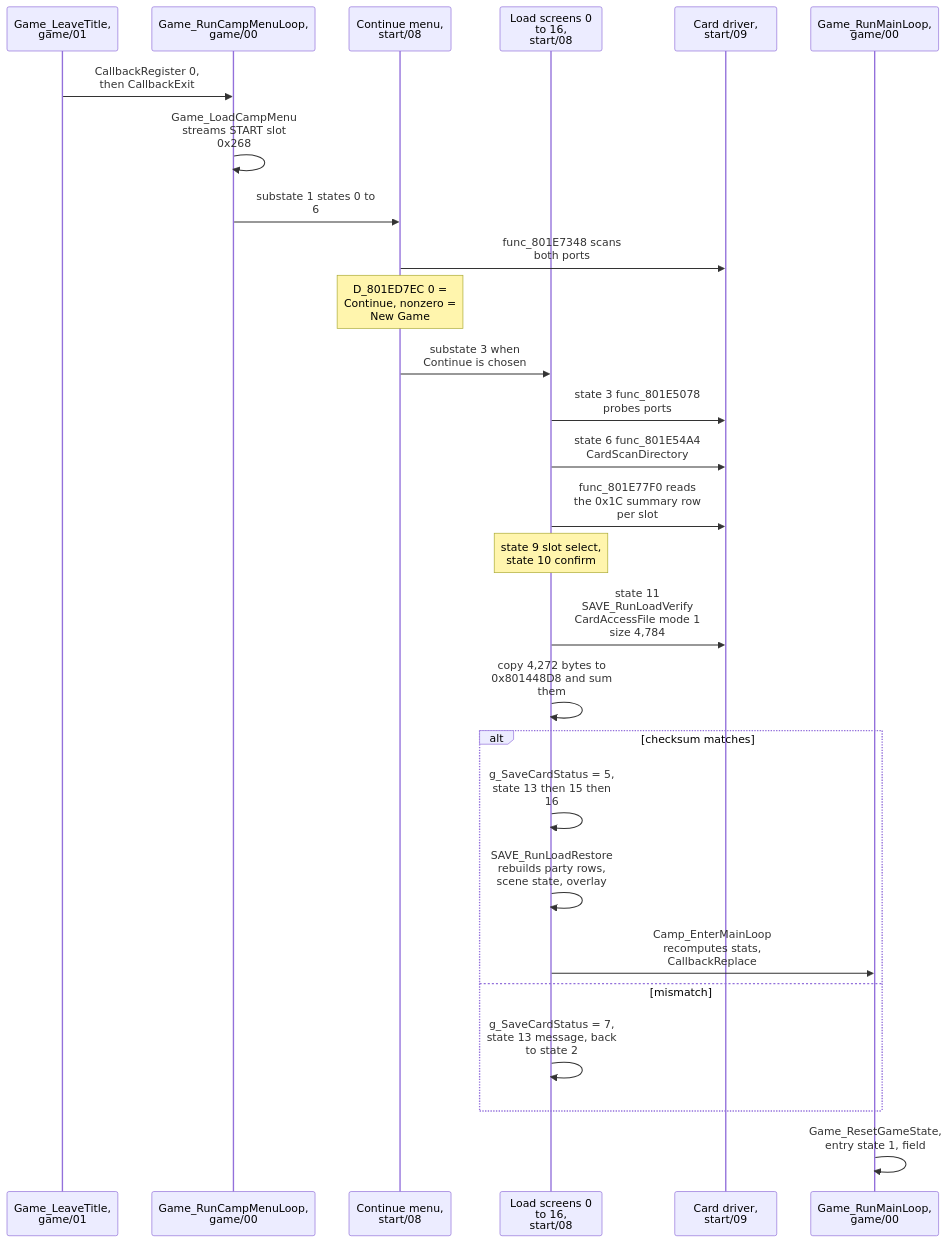
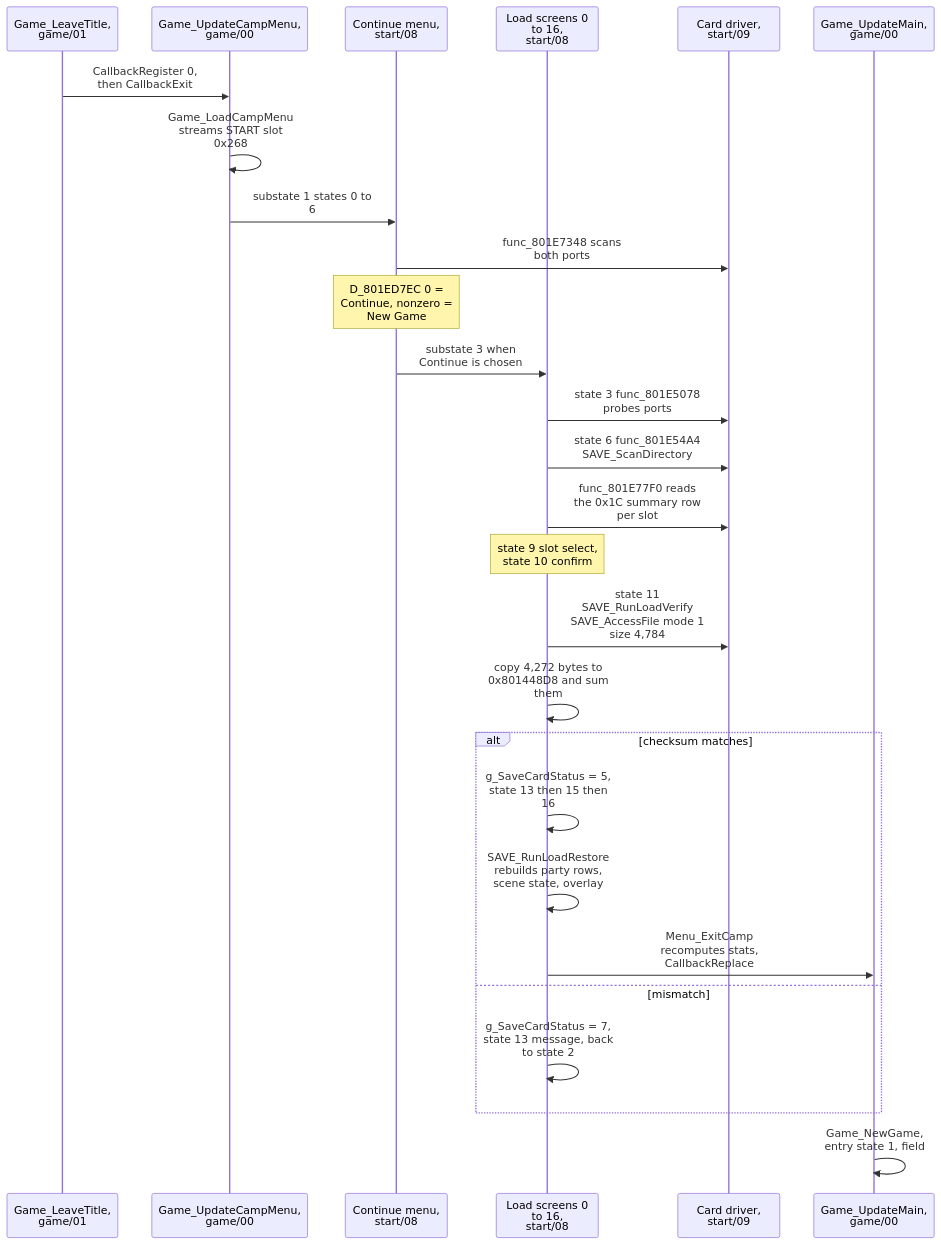
One commit to raulcorreia7/bof3-wiki changed the second of 2 diagrams in src/content/docs/systems/saving.md. Above: the diagram before and after it, drawn with Mermaid. The commit also changed other lines of this file and 29 other files, not shown here.

````diff
--- a/src/content/docs/systems/saving.md
+++ b/src/content/docs/systems/saving.md
@@ -115,30 +115,30 @@
 ```mermaid
 sequenceDiagram
     participant Title as Game_LeaveTitle,<br/>game/01
-    participant Camp as Game_RunCampMenuLoop,<br/>game/00
+    participant Camp as Game_UpdateCampMenu,<br/>game/00
     participant Menu as Continue menu,<br/>start/08
     participant Load as Load screens 0<br/>to 16,<br/>start/08
     participant Drv as Card driver,<br/>start/09
-    participant Main as Game_RunMainLoop,<br/>game/00
+    participant Main as Game_UpdateMain,<br/>game/00
 
     Title->>Camp: CallbackRegister 0,<br/>then CallbackExit
     Camp->>Camp: Game_LoadCampMenu<br/>streams START slot<br/>0x268
     Camp->>Menu: substate 1 states 0 to<br/>6
     Menu->>Drv: func_801E7348 scans<br/>both ports
     Note over Menu: D_801ED7EC 0 =<br/>Continue, nonzero =<br/>New Game
     Menu->>Load: substate 3 when<br/>Continue is chosen
     Load->>Drv: state 3 func_801E5078<br/>probes ports
-    Load->>Drv: state 6 func_801E54A4<br/>CardScanDirectory
+    Load->>Drv: state 6 func_801E54A4<br/>SAVE_ScanDirectory
     Load->>Drv: func_801E77F0 reads<br/>the 0x1C summary row<br/>per slot
     Note over Load: state 9 slot select,<br/>state 10 confirm
-    Load->>Drv: state 11<br/>SAVE_RunLoadVerify<br/>CardAccessFile mode 1<br/>size 4,784
+    Load->>Drv: state 11<br/>SAVE_RunLoadVerify<br/>SAVE_AccessFile mode 1<br/>size 4,784
     Load->>Load: copy 4,272 bytes to<br/>0x801448D8 and sum<br/>them
     alt checksum matches
         Load->>Load: g_SaveCardStatus = 5,<br/>state 13 then 15 then<br/>16
         Load->>Load: SAVE_RunLoadRestore<br/>rebuilds party rows,<br/>scene state, overlay
-        Load->>Main: Camp_EnterMainLoop<br/>recomputes stats,<br/>CallbackReplace
+        Load->>Main: Menu_ExitCamp<br/>recomputes stats,<br/>CallbackReplace
     else mismatch
         Load->>Load: g_SaveCardStatus = 7,<br/>state 13 message, back<br/>to state 2
     end
-    Main->>Main: Game_ResetGameState,<br/>entry state 1, field
+    Main->>Main: Game_NewGame,<br/>entry state 1, field
 ```
````
